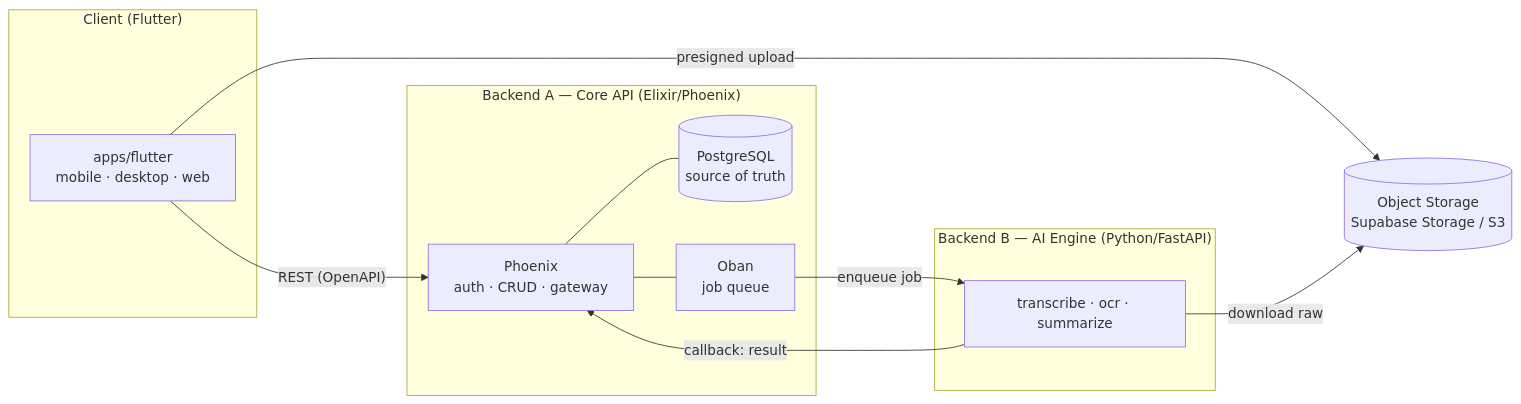
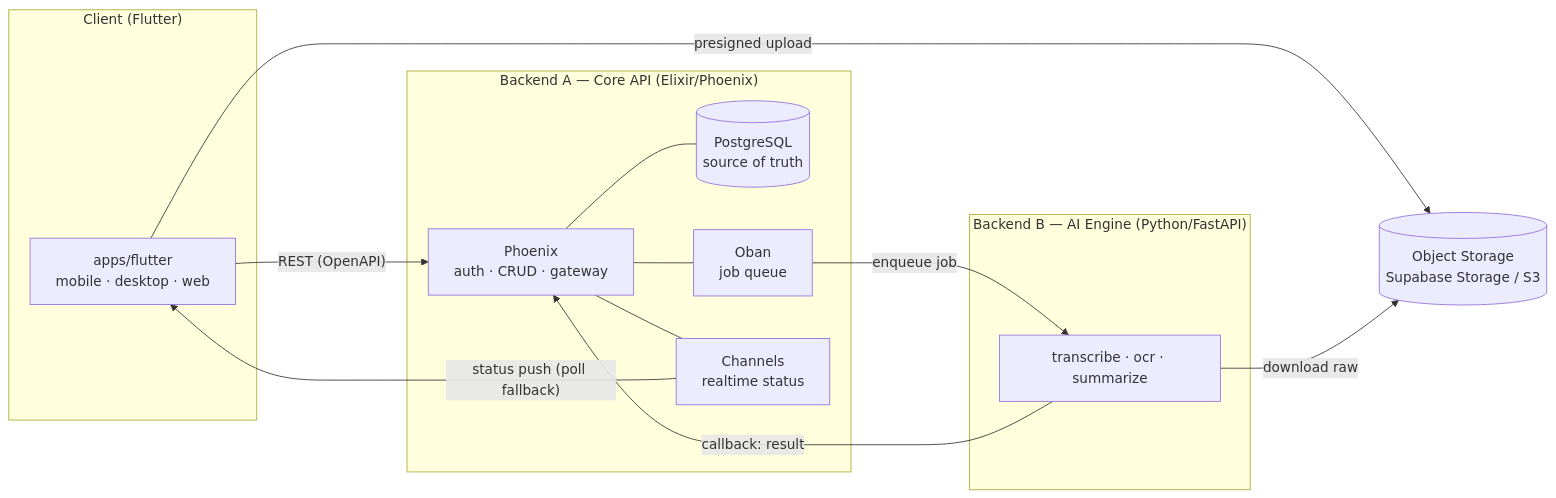
One commit to matome-org/matome-app changed the first of 2 diagrams in .docs/architecture.md. Above: the diagram before and after it, drawn with Mermaid. The commit also changed other lines of this file and 1 other file, not shown here.

First line of the commit message:
docs: restore the Phoenix Channels realtime path in architecture

````diff
--- a/.docs/architecture.md
+++ b/.docs/architecture.md
@@ -28,26 +28,29 @@
 ```mermaid
 flowchart LR
   subgraph Client["Client (Flutter)"]
     F[apps/flutter\nmobile · desktop · web]
   end
 
   subgraph Core["Backend A — Core API (Elixir/Phoenix)"]
     PH[Phoenix\nauth · CRUD · gateway]
     PG[(PostgreSQL\nsource of truth)]
     OB[Oban\njob queue]
+    CH[Channels\nrealtime status]
   end
 
   ST[(Object Storage\nSupabase Storage / S3)]
 
   subgraph AI["Backend B — AI Engine (Python/FastAPI)"]
     P[transcribe · ocr · summarize]
   end
 
   F -- "REST (OpenAPI)" --> PH
   F -- "presigned upload" --> ST
   PH --- PG
   PH --- OB
+  PH --- CH
   OB -- "enqueue job" --> P
   P -- "download raw" --> ST
   P -- "callback: result" --> PH
+  CH -- "status push (poll fallback)" --> F
 ```
````
